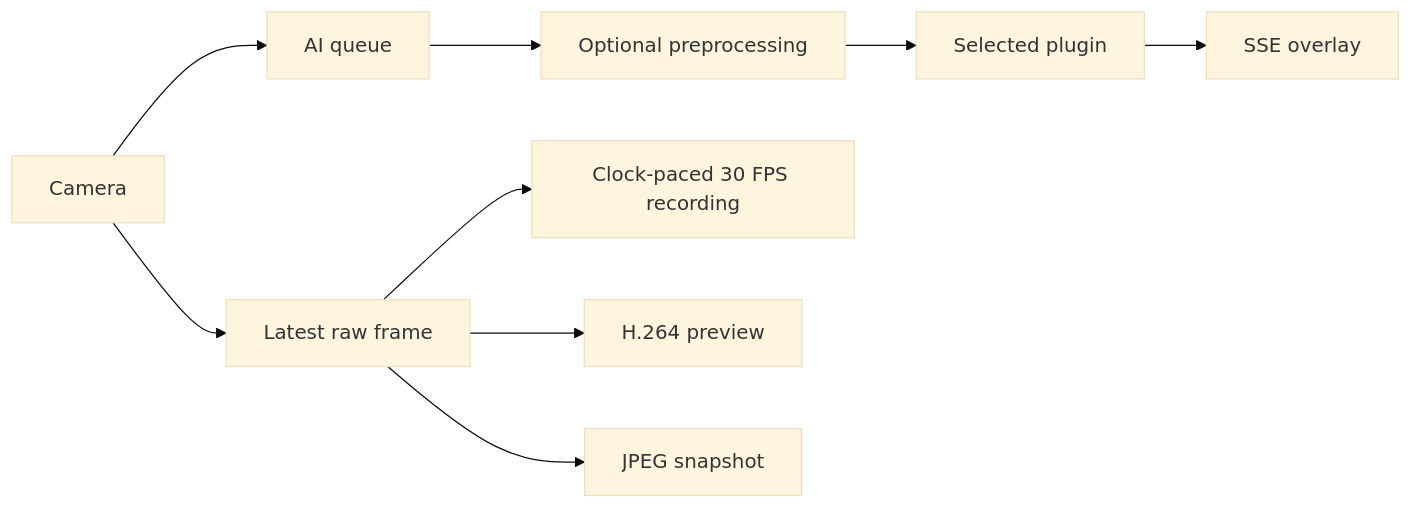
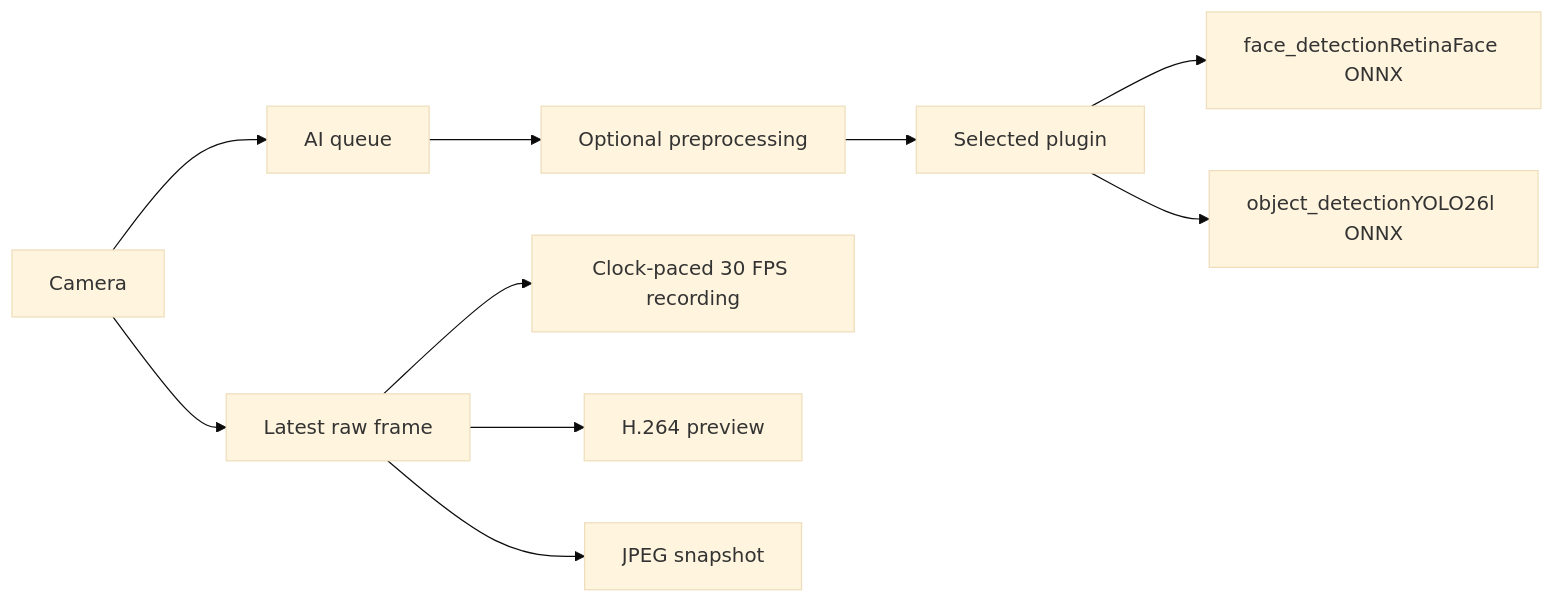
The diagram in Analysis_v0.1.1.md (Open-Source-Robotics-For-Myanmar/vision_ai_box), drawn with Mermaid (base theme) before and after one commit. The commit also changed other lines of this file and 8 other files, not shown here.

````diff
--- a/Analysis_v0.1.1.md
+++ b/Analysis_v0.1.1.md
@@ -19,11 +21,12 @@
 ```mermaid
 flowchart LR
     A[Camera] --> B[AI queue]
     B --> C[Optional preprocessing]
     C --> D[Selected plugin]
-    D --> E[SSE overlay]
+    D --> F1[face_detectionRetinaFace ONNX]
+    D --> F2[object_detectionYOLO26l ONNX]
     A --> F[Latest raw frame]
     F --> G[Clock-paced 30 FPS recording]
     F --> H[H.264 preview]
     F --> I[JPEG snapshot]
 ```
````
